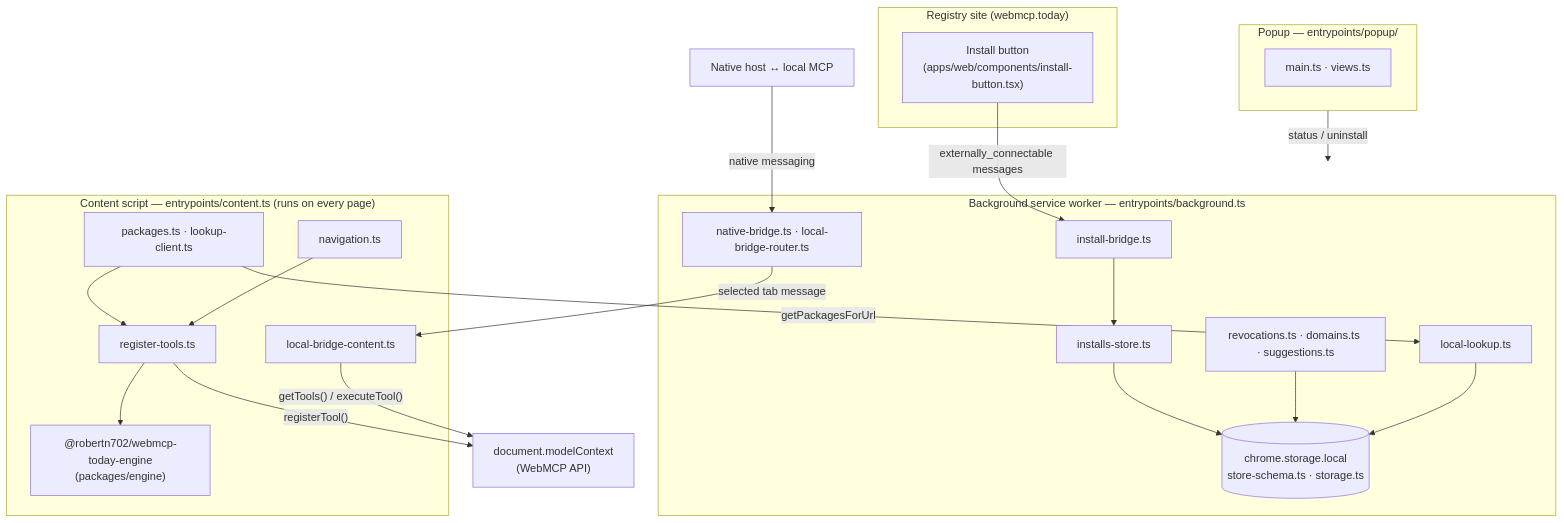
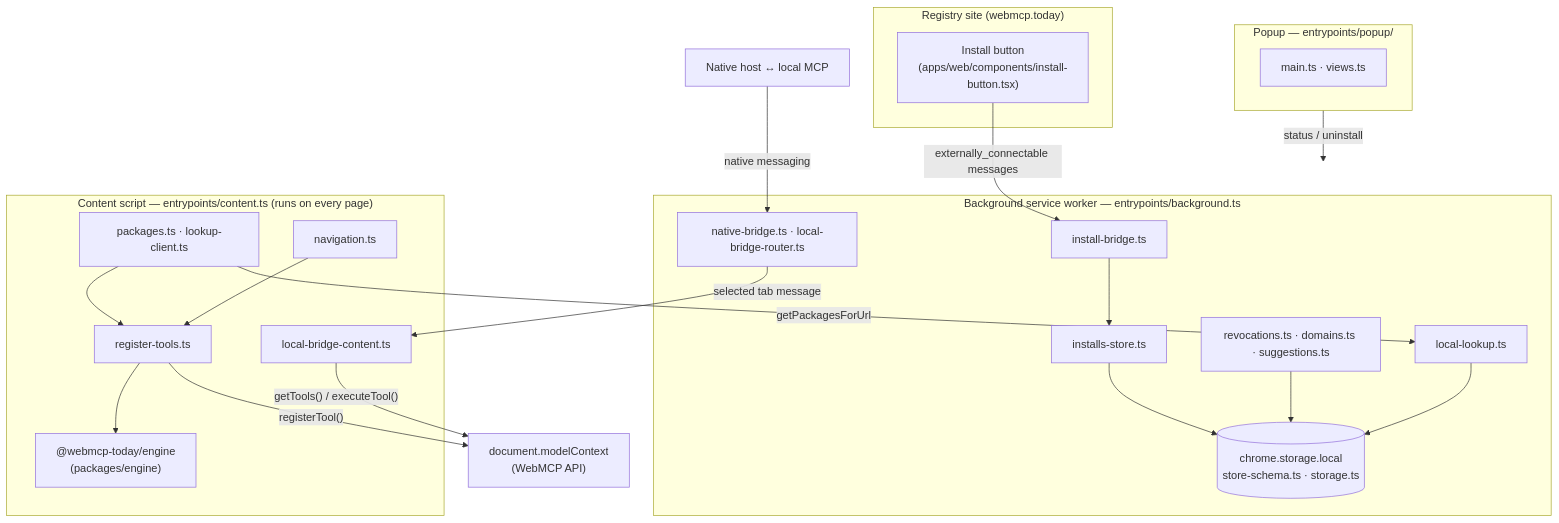
The first of 6 diagrams in apps/extension/ARCHITECTURE.md (robertn702/webmcp-today), drawn with Mermaid before and after one commit. The commit also changed 84 other files, not shown here.

````diff
--- a/apps/extension/ARCHITECTURE.md
+++ b/apps/extension/ARCHITECTURE.md
@@ -15,41 +15,41 @@
 ```mermaid
 flowchart TB
     subgraph Site["Registry site (webmcp.today)"]
         UI["Install button<br/>(apps/web/components/install-button.tsx)"]
     end
 
     subgraph BG["Background service worker — entrypoints/background.ts"]
         IBRIDGE["install-bridge.ts"]
         LBRIDGE["native-bridge.ts · local-bridge-router.ts"]
         LOOKUP["local-lookup.ts"]
         POLLS["revocations.ts · domains.ts · suggestions.ts"]
         STORE["installs-store.ts"]
         ST[("chrome.storage.local<br/>store-schema.ts · storage.ts")]
         IBRIDGE --> STORE --> ST
         POLLS --> ST
         LOOKUP --> ST
     end
 
     subgraph CS["Content script — entrypoints/content.ts (runs on every page)"]
         PKG["packages.ts · lookup-client.ts"]
         REG["register-tools.ts"]
         LCONTENT["local-bridge-content.ts"]
         NAV["navigation.ts"]
-        EXEC["@robertn702/webmcp-today-engine<br/>(packages/engine)"]
+        EXEC["@webmcp-today/engine<br/>(packages/engine)"]
         PKG --> REG
         NAV --> REG
         REG --> EXEC
     end
 
     subgraph POP["Popup — entrypoints/popup/"]
         VIEWS["main.ts · views.ts"]
     end
 
     UI -- "externally_connectable messages" --> IBRIDGE
     PKG -- "getPackagesForUrl" --> LOOKUP
     POP -- "status / uninstall" --> BG
     REG -- "registerTool()" --> MC["document.modelContext<br/>(WebMCP API)"]
     HOST["Native host ↔ local MCP"] -- "native messaging" --> LBRIDGE
     LBRIDGE -- "selected tab message" --> LCONTENT
     LCONTENT -- "getTools() / executeTool()" --> MC
 ```
````
